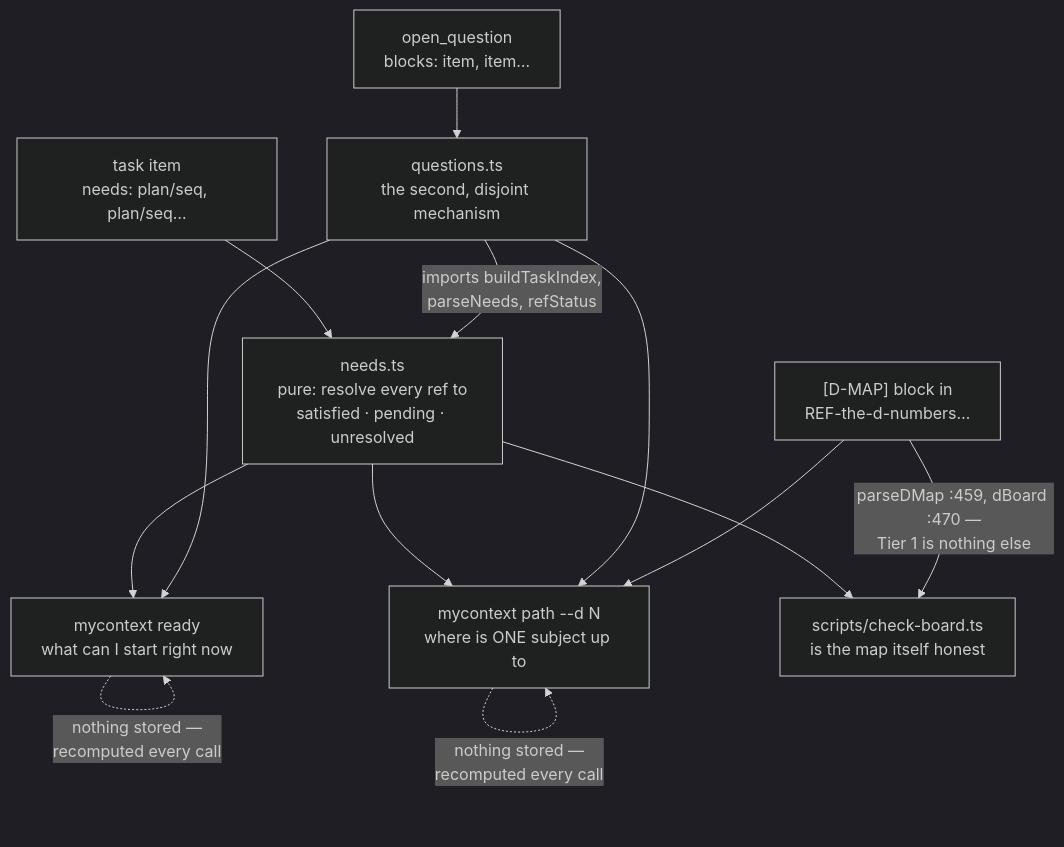
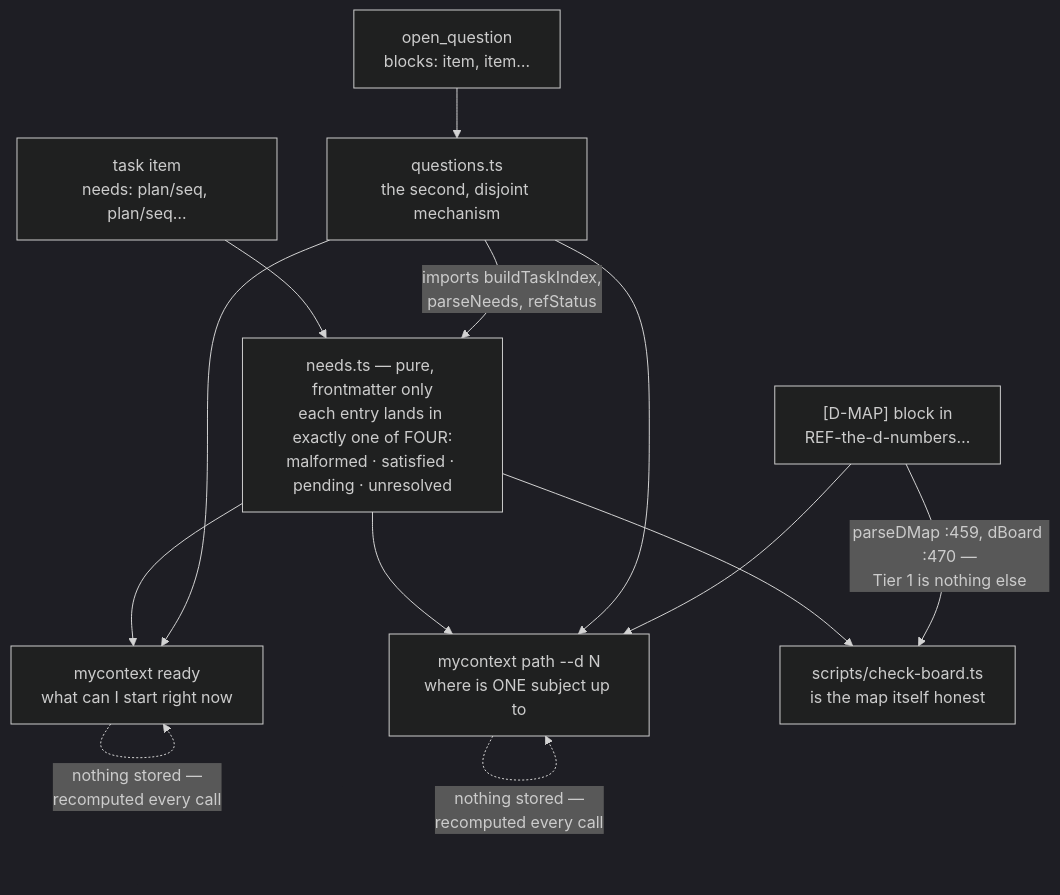
The second of 2 diagrams in docs/system/01-the-board.md (Dudi-Bar-On/my-context), drawn with Mermaid (dark theme) before and after one commit. The commit also changed other lines of this file and 8 other files, not shown here.

````diff
--- a/docs/system/01-the-board.md
+++ b/docs/system/01-the-board.md
@@ -137,15 +151,15 @@
 ```mermaid
 flowchart TB
-  T["task item<br/>needs: plan/seq, plan/seq…"] --> N["needs.ts<br/>pure: resolve every ref to<br/>satisfied · pending · unresolved"]
+  T["task item<br/>needs: plan/seq, plan/seq…"] --> N["needs.ts — pure, frontmatter only<br/>each entry lands in exactly one of FOUR:<br/>malformed · satisfied · pending · unresolved"]
   N --> R["mycontext ready<br/>what can I start right now"]
   N --> P["mycontext path --d N<br/>where is ONE subject up to"]
   N --> D["scripts/check-board.ts<br/>is the map itself honest"]
   Q["open_question<br/>blocks: item, item…"] --> QS["questions.ts<br/>the second, disjoint mechanism"]
   QS -->|"imports buildTaskIndex,<br/>parseNeeds, refStatus"| N
   QS --> R
   QS --> P
   M["[D-MAP] block in<br/>REF-the-d-numbers…"] --> P
   M -->|"parseDMap :459, dBoard :470 —<br/>Tier 1 is nothing else"| D
   R -.->|"nothing stored —<br/>recomputed every call"| R
   P -.->|"nothing stored —<br/>recomputed every call"| P
 ```
````
